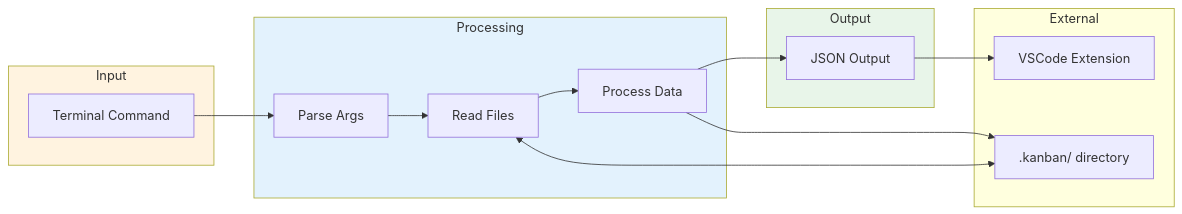
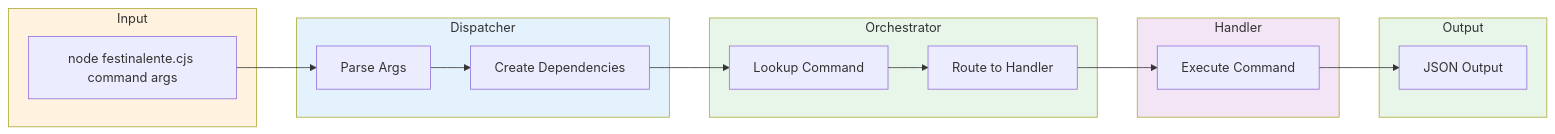
One commit to mattfletcher94/festinalente changed the second of 2 diagrams in .festinalente/engineering/systems/cli/_index.md. Above: the diagram before and after it, drawn with Mermaid. The commit also changed other lines of this file, not shown here.

Commit message:
docs(029-consolidate-cli-scripts-into-single-dispatcher): engineering - update CLI system docs for dispatcher architecture

````diff
--- a/.festinalente/engineering/systems/cli/_index.md
+++ b/.festinalente/engineering/systems/cli/_index.md
@@ -132,33 +149,37 @@
 ```mermaid
 flowchart LR
     subgraph Input
-        CMD["Terminal Command"]
+        CMD["node festinalente.cjs command args"]
     end
 
-    subgraph Processing
+    subgraph Dispatcher
         PARSE["Parse Args"]
-        READ["Read Files"]
-        PROCESS["Process Data"]
+        DI["Create Dependencies"]
+    end
+
+    subgraph Orchestrator
+        REG["Lookup Command"]
+        ROUTE["Route to Handler"]
+    end
+
+    subgraph Handler
+        HANDLE["Execute Command"]
     end
 
     subgraph Output
         JSON["JSON Output"]
     end
 
-    subgraph External
-        VSCODE["VSCode Extension"]
-        KANBAN[".kanban/ directory"]
-    end
-
     CMD --> PARSE
-    PARSE --> READ
-    READ --> PROCESS
-    PROCESS --> JSON
-    JSON --> VSCODE
-    READ <--> KANBAN
-    PROCESS --> KANBAN
+    PARSE --> DI
+    DI --> REG
+    REG --> ROUTE
+    ROUTE --> HANDLE
+    HANDLE --> JSON
 
     style Input fill:#fff3e0
-    style Processing fill:#e3f2fd
+    style Dispatcher fill:#e3f2fd
+    style Orchestrator fill:#e8f5e9
+    style Handler fill:#f3e5f5
     style Output fill:#e8f5e9
 ```
````
